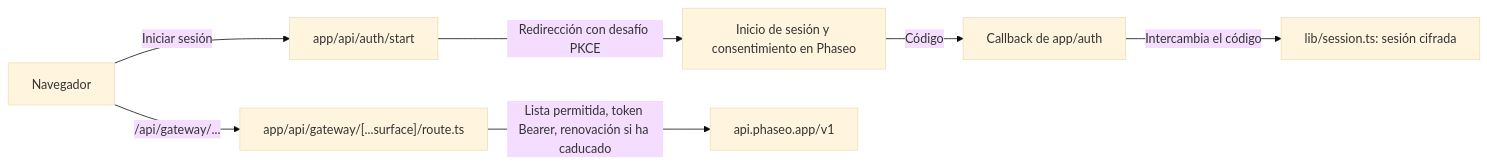
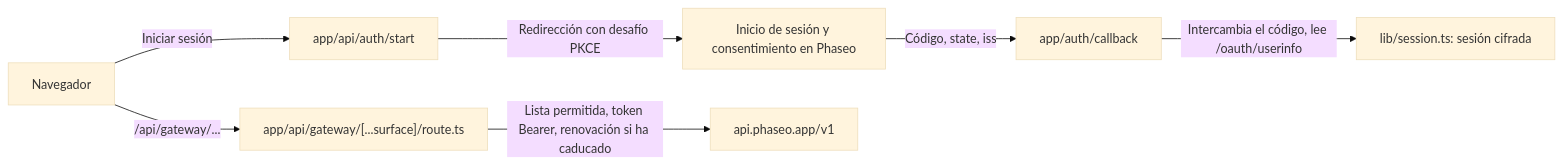
One commit to phaseoteam/Phaseo changed the diagram in apps/docs/es/v1/cookbook/build-an-oauth-nextjs-workbench.mdx. Above: the diagram before and after it, drawn with Mermaid (base theme). The commit also changed other lines of this file and 9 other files, not shown here.

````diff
--- a/apps/docs/es/v1/cookbook/build-an-oauth-nextjs-workbench.mdx
+++ b/apps/docs/es/v1/cookbook/build-an-oauth-nextjs-workbench.mdx
@@ -45,9 +45,9 @@
 ```mermaid
 flowchart LR
   browser["Navegador"] -->|"Iniciar sesión"| start["app/api/auth/start"]
   start -->|"Redirección con desafío PKCE"| authz["Inicio de sesión y consentimiento en Phaseo"]
-  authz -->|"Código"| cb["Callback de app/auth"]
-  cb -->|"Intercambia el código"| sess["lib/session.ts: sesión cifrada"]
+  authz -->|"Código, state, iss"| cb["app/auth/callback"]
+  cb -->|"Intercambia el código, lee /oauth/userinfo"| sess["lib/session.ts: sesión cifrada"]
   browser -->|"/api/gateway/..."| proxy["app/api/gateway/[...surface]/route.ts"]
   proxy -->|"Lista permitida, token Bearer, renovación si ha caducado"| gw["api.phaseo.app/v1"]
 ```
````
